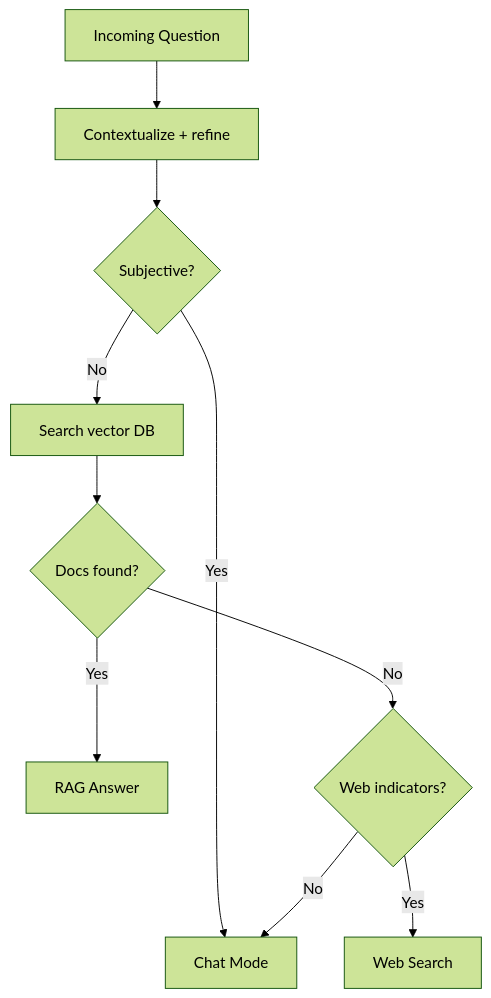
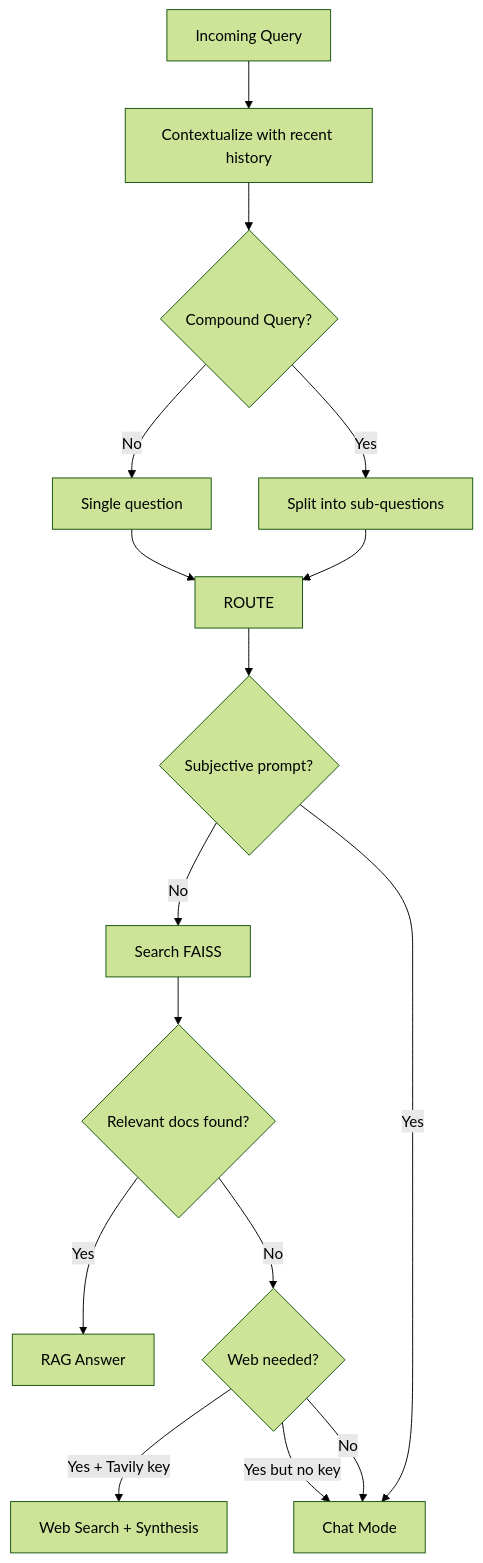
The second of 2 diagrams in README.md (tsanhith/Agentic-RAG-Hybrid), drawn with Mermaid (forest theme) before and after one commit. The commit also changed other lines of this file, not shown here.

Commit message:
Rewrite README with detailed architecture, features, and setup guide

````diff
--- a/README.md
+++ b/README.md
@@ -153,12 +147,19 @@
 ```mermaid
 flowchart TD
-    Q[Incoming Question] --> REFINE[Contextualize + refine]
-    REFINE --> SUBJECTIVE{Subjective?}
-    SUBJECTIVE -->|Yes| CHAT[Chat Mode]
-    SUBJECTIVE -->|No| RAGTRY[Search vector DB]
-    RAGTRY --> FOUND{Docs found?}
-    FOUND -->|Yes| ANSWER[RAG Answer]
-    FOUND -->|No| WEBNEED{Web indicators?}
-    WEBNEED -->|Yes| WEB[Web Search]
-    WEBNEED -->|No| CHAT
+    Q[Incoming Query] --> C[Contextualize with recent history]
+    C --> S{Compound Query?}
+    S -->|Yes| SQ[Split into sub-questions]
+    S -->|No| ONE[Single question]
+    SQ --> ROUTE
+    ONE --> ROUTE
+
+    ROUTE --> SUBJ{Subjective prompt?}
+    SUBJ -->|Yes| CHAT[Chat Mode]
+    SUBJ -->|No| RAGTRY[Search FAISS]
+    RAGTRY --> FOUND{Relevant docs found?}
+    FOUND -->|Yes| RAG[RAG Answer]
+    FOUND -->|No| NEEDWEB{Web needed?}
+    NEEDWEB -->|Yes + Tavily key| WEB[Web Search + Synthesis]
+    NEEDWEB -->|No| CHAT
+    NEEDWEB -->|Yes but no key| CHAT
 ```
````
